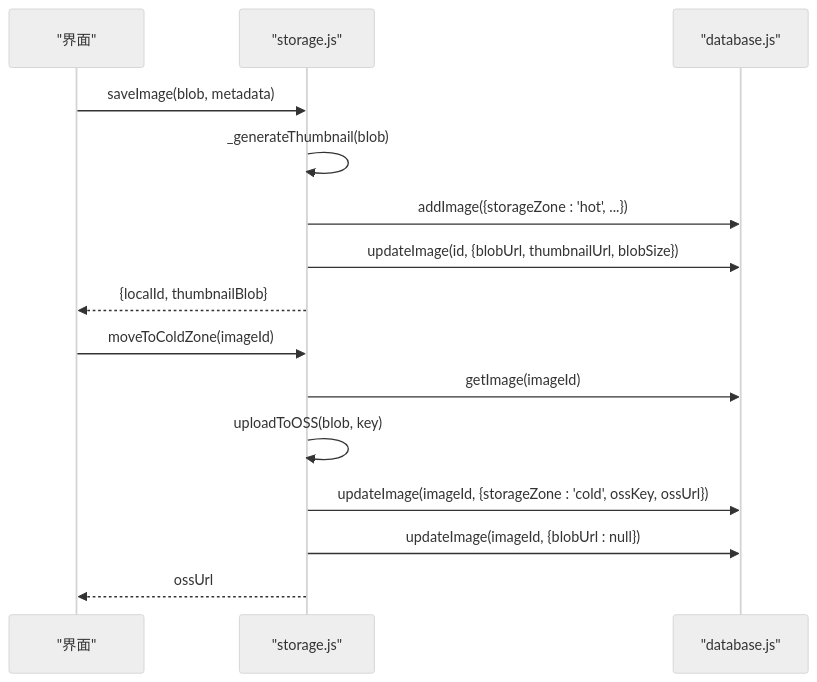
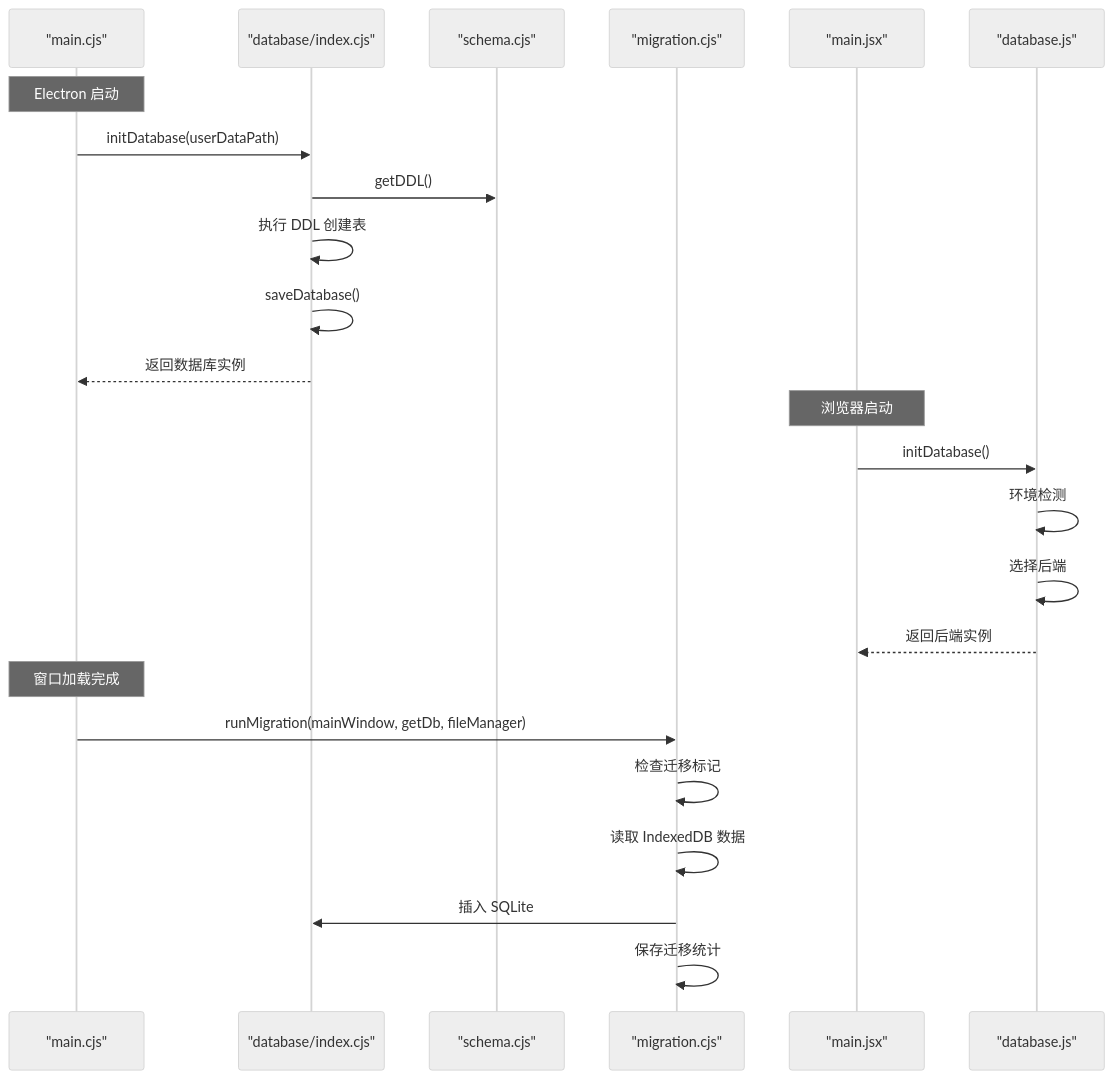
The fifth of 9 diagrams in .qoder/repowiki/zh/content/架构设计/数据流设计/数据库持久化.md (AlbusWei/AI-Image-Studio), drawn with Mermaid (neutral theme) before and after one commit. The commit also changed other lines of this file and 37 other files, not shown here.

First line of the commit message:
feat: 统一数据源 - 浏览器和 Electron 共享同一 SQLite 数据库

````diff
--- a/.qoder/repowiki/zh/content/架构设计/数据流设计/数据库持久化.md
+++ b/.qoder/repowiki/zh/content/架构设计/数据流设计/数据库持久化.md
@@ -186,17 +297,26 @@
 ```mermaid
 sequenceDiagram
-participant UI as "界面"
-participant ST as "storage.js"
-participant DB as "database.js"
-UI->>ST : saveImage(blob, metadata)
-ST->>ST : _generateThumbnail(blob)
-ST->>DB : addImage({storageZone : 'hot', ...})
-ST->>DB : updateImage(id, {blobUrl, thumbnailUrl, blobSize})
-ST-->>UI : {localId, thumbnailBlob}
-UI->>ST : moveToColdZone(imageId)
-ST->>DB : getImage(imageId)
-ST->>ST : uploadToOSS(blob, key)
-ST->>DB : updateImage(imageId, {storageZone : 'cold', ossKey, ossUrl})
-ST->>DB : updateImage(imageId, {blobUrl : null})
-ST-->>UI : ossUrl
+participant Main as "main.cjs"
+participant DBIndex as "database/index.cjs"
+participant Schema as "schema.cjs"
+participant Migration as "migration.cjs"
+participant Renderer as "main.jsx"
+participant Facade as "database.js"
+Note over Main : Electron 启动
+Main->>DBIndex : initDatabase(userDataPath)
+DBIndex->>Schema : getDDL()
+DBIndex->>DBIndex : 执行 DDL 创建表
+DBIndex->>DBIndex : saveDatabase()
+DBIndex-->>Main : 返回数据库实例
+Note over Renderer : 浏览器启动
+Renderer->>Facade : initDatabase()
+Facade->>Facade : 环境检测
+Facade->>Facade : 选择后端
+Facade-->>Renderer : 返回后端实例
+Note over Main : 窗口加载完成
+Main->>Migration : runMigration(mainWindow, getDb, fileManager)
+Migration->>Migration : 检查迁移标记
+Migration->>Migration : 读取 IndexedDB 数据
+Migration->>DBIndex : 插入 SQLite
+Migration->>Migration : 保存迁移统计
 ```
````
